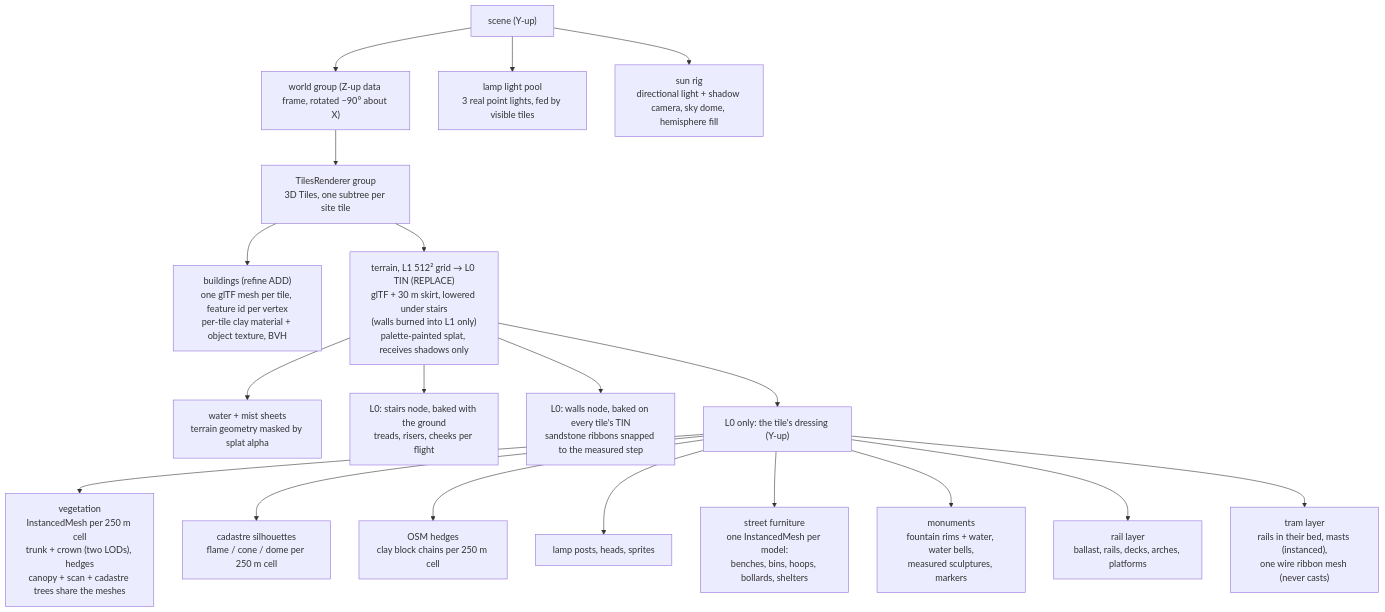
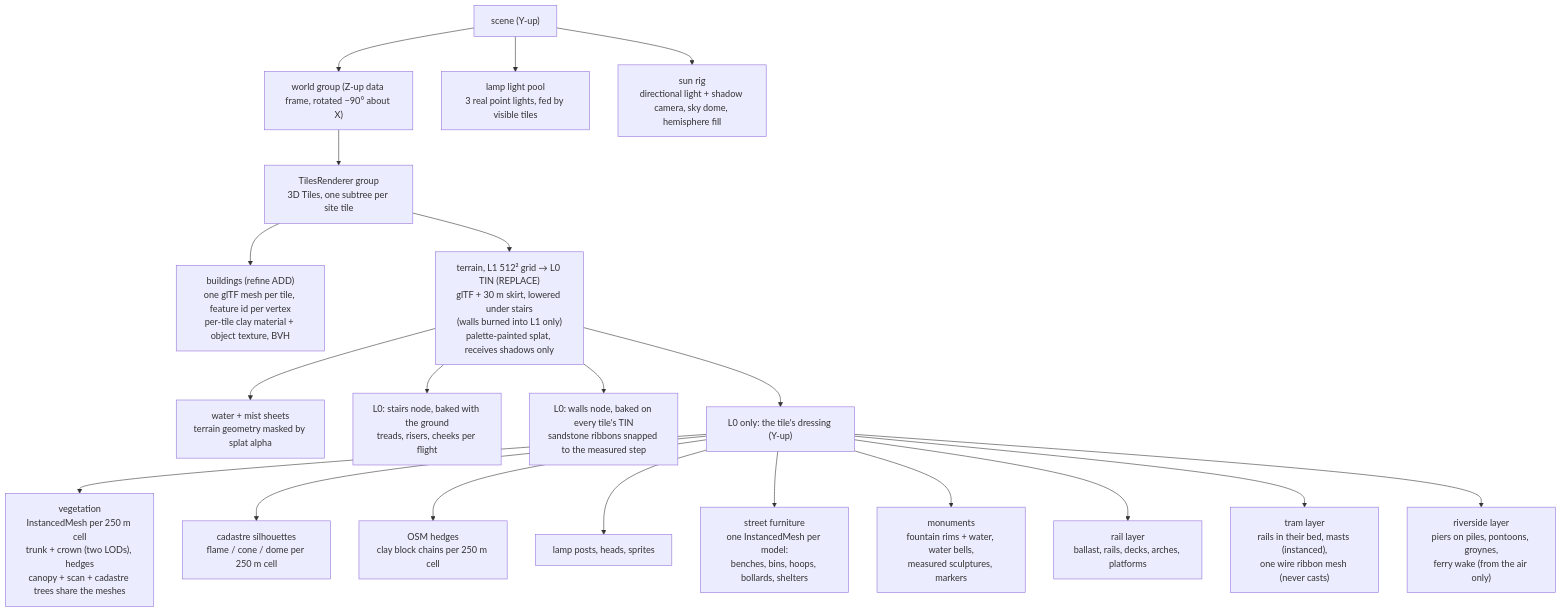
Before and after one commit to mdugue/bridge: the first of 2 diagrams in docs/rendering.md, drawn with Mermaid. The commit also changed other lines of this file and 36 other files, not shown here.

First line of the commit message:
feat(riverside): the Elbe's landing stages, pontoons, groynes and ferry lines

````diff
--- a/docs/rendering.md
+++ b/docs/rendering.md
@@ -25,24 +25,25 @@
 ```mermaid
 flowchart TB
   SCENE["scene (Y-up)"]
   WORLD["world group (Z-up data frame, rotated −90° about X)"]
   TILES["TilesRenderer group<br/>3D Tiles, one subtree per site tile"]
   SCENE --> WORLD
   WORLD --> TILES
   TILES --> CITY["buildings (refine ADD)<br/>one glTF mesh per tile, feature id per vertex<br/>per-tile clay material + object texture, BVH"]
   TILES --> TER["terrain, L1 512² grid → L0 TIN (REPLACE)<br/>glTF + 30 m skirt, lowered under stairs<br/>(walls burned into L1 only)<br/>palette-painted splat, receives shadows only"]
   TER --> WAT["water + mist sheets<br/>terrain geometry masked by splat alpha"]
   TER --> STAIR["L0: stairs node, baked with the ground<br/>treads, risers, cheeks per flight"]
   TER --> WALL["L0: walls node, baked on every tile's TIN<br/>sandstone ribbons snapped to the measured step"]
   TER --> DRESS["L0 only: the tile's dressing (Y-up)"]
   DRESS --> VEG["vegetation<br/>InstancedMesh per 250 m cell<br/>trunk + crown (two LODs), hedges<br/>canopy + scan + cadastre trees share the meshes"]
   DRESS --> INV["cadastre silhouettes<br/>flame / cone / dome per 250 m cell"]
   DRESS --> LOW["OSM hedges<br/>clay block chains per 250 m cell"]
   DRESS --> LAMP["lamp posts, heads, sprites"]
   DRESS --> FURN["street furniture<br/>one InstancedMesh per model:<br/>benches, bins, hoops, bollards, shelters"]
   DRESS --> MON["monuments<br/>fountain rims + water, water bells,<br/>measured sculptures, markers"]
   DRESS --> RAIL["rail layer<br/>ballast, rails, decks, arches, platforms"]
   DRESS --> TRAM["tram layer<br/>rails in their bed, masts (instanced),<br/>one wire ribbon mesh (never casts)"]
+  DRESS --> RIV["riverside layer<br/>piers on piles, pontoons, groynes,<br/>ferry wake (from the air only)"]
   SCENE --> LIGHTS["lamp light pool<br/>3 real point lights, fed by visible tiles"]
   SCENE --> SUN["sun rig<br/>directional light + shadow camera, sky dome, hemisphere fill"]
 ```
````
